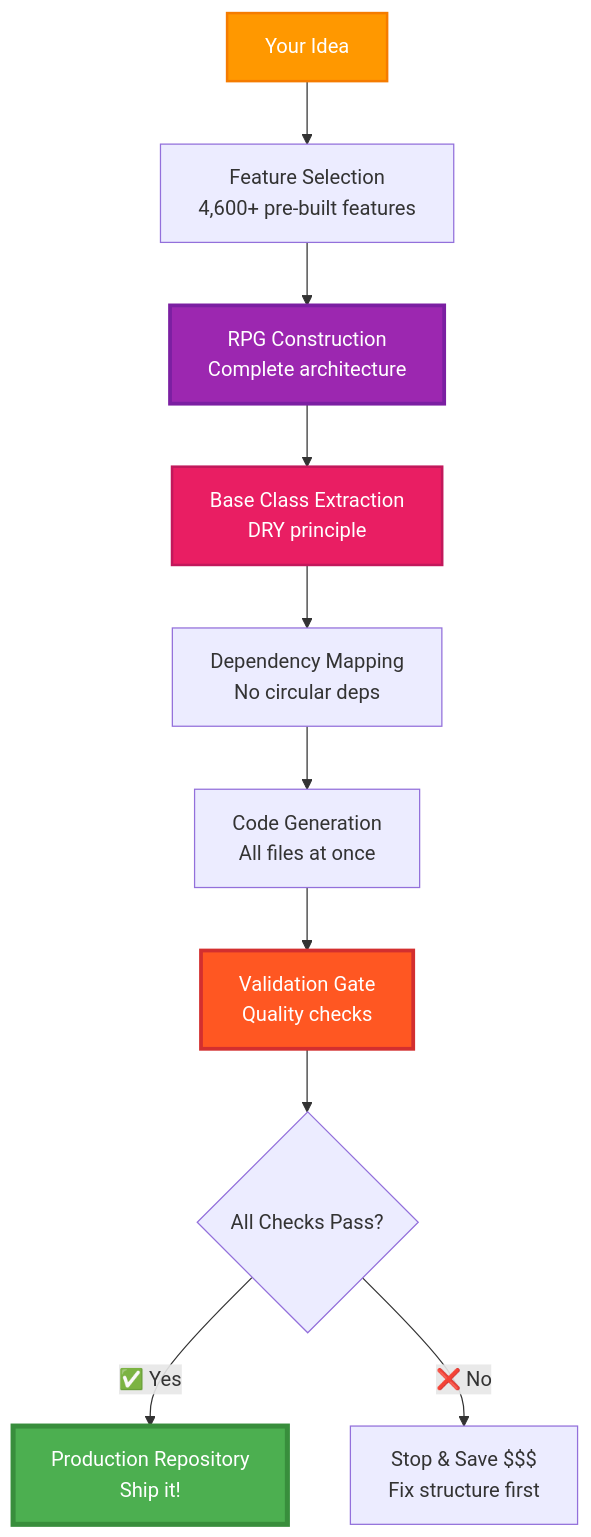
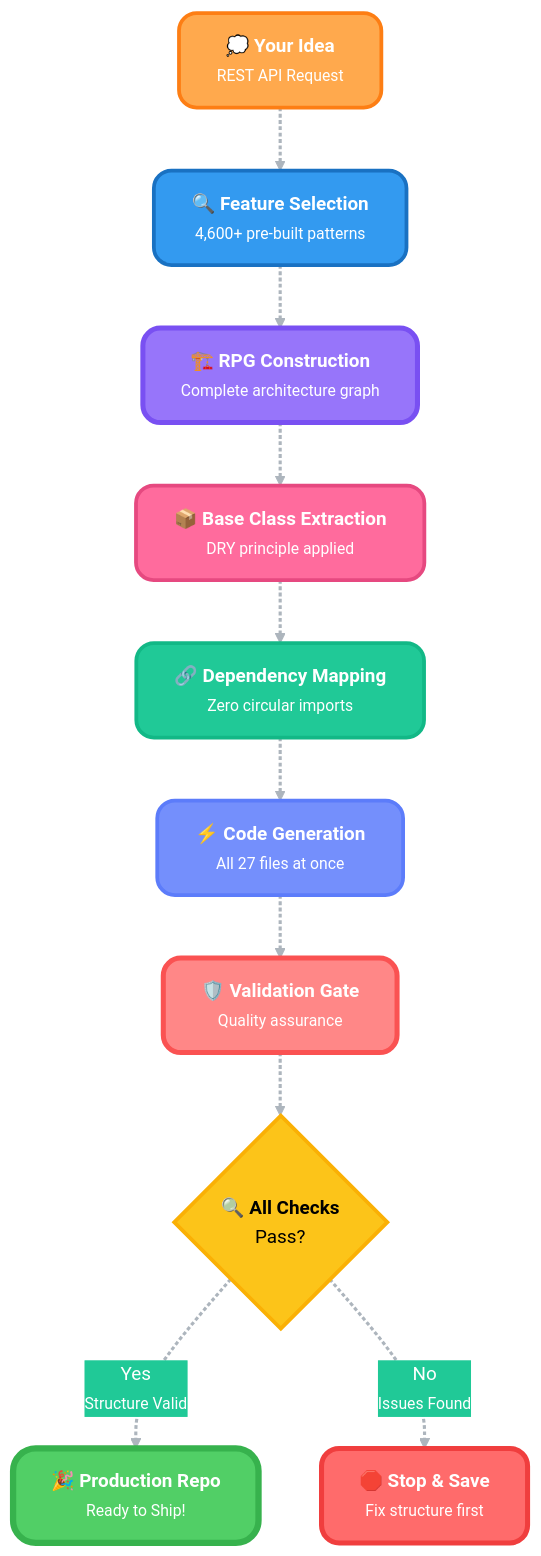
One commit to DivyamTalwar/BLUEPRINT changed the second of 6 diagrams in README.md. Above: the diagram before and after it, drawn with Mermaid. The commit also changed other lines of this file, not shown here.

````diff
--- a/README.md
+++ b/README.md
@@ -227,19 +262,39 @@
 ```mermaid
+%%{init: {'theme':'base', 'themeVariables': {
+  'primaryColor':'#7950F2',
+  'primaryTextColor':'#FFFFFF',
+  'primaryBorderColor':'#5F3DC4',
+  'lineColor':'#748FFC',
+  'secondaryColor':'#20C997',
+  'tertiaryColor':'#FF6B6B',
+  'textColor':'#FFFFFF',
+  'fontSize':'15px',
+  'fontFamily':'Poppins'
+}}}%%
 graph TD
-    A[Your Idea] --> B[Feature Selection<br/>4,600+ pre-built features]
-    B --> C[RPG Construction<br/>Complete architecture]
-    C --> D[Base Class Extraction<br/>DRY principle]
-    D --> E[Dependency Mapping<br/>No circular deps]
-    E --> F[Code Generation<br/>All files at once]
+    A["💭 <b>Your Idea</b><br/><small>REST API Request</small>"] --> B["🔍 <b>Feature Selection</b><br/><small>4,600+ pre-built patterns</small>"]
+    B --> C["🏗️ <b>RPG Construction</b><br/><small>Complete architecture graph</small>"]
+    C --> D["📦 <b>Base Class Extraction</b><br/><small>DRY principle applied</small>"]
+    D --> E["🔗 <b>Dependency Mapping</b><br/><small>Zero circular imports</small>"]
+    E --> F["⚡ <b>Code Generation</b><br/><small>All 27 files at once</small>"]
 
-    F --> G[Validation Gate<br/>Quality checks]
-    G --> H{All Checks Pass?}
-    H -->|✅ Yes| I[Production Repository<br/>Ship it!]
-    H -->|❌ No| J[Stop & Save $$$<br/>Fix structure first]
+    F --> G["🛡️ <b>Validation Gate</b><br/><small>Quality assurance</small>"]
+    G --> H{"🔍 <b>All Checks</b><br/>Pass?"}
+    H -->|"Yes<br/><small>Structure Valid</small>"| I["🎉 <b>Production Repo</b><br/><small>Ready to Ship!</small>"]
+    H -->|"No<br/><small>Issues Found</small>"| J["🛑 <b>Stop & Save</b><br/><small>Fix structure first</small>"]
 
-    style A fill:#FF9800,stroke:#F57C00,stroke-width:2px,color:#fff
-    style C fill:#9C27B0,stroke:#7B1FA2,stroke-width:3px,color:#fff
-    style D fill:#E91E63,stroke:#C2185B,stroke-width:2px,color:#fff
-    style G fill:#FF5722,stroke:#D32F2F,stroke-width:3px,color:#fff
-    style I fill:#4CAF50,stroke:#388E3C,stroke-width:4px,color:#fff
+    %% Node Styles
+    style A fill:#FFA94D,stroke:#FD7E14,stroke-width:3px,color:#fff,rx:14,ry:14
+    style B fill:#339AF0,stroke:#1971C2,stroke-width:3px,color:#fff,rx:14,ry:14
+    style C fill:#9775FA,stroke:#7950F2,stroke-width:4px,color:#fff,rx:14,ry:14
+    style D fill:#FF6B9D,stroke:#E64980,stroke-width:3px,color:#fff,rx:14,ry:14
+    style E fill:#20C997,stroke:#12B886,stroke-width:3px,color:#fff,rx:14,ry:14
+    style F fill:#748FFC,stroke:#5C7CFA,stroke-width:3px,color:#fff,rx:14,ry:14
+    style G fill:#FF8787,stroke:#FA5252,stroke-width:4px,color:#fff,rx:14,ry:14
+    style H fill:#FCC419,stroke:#FAB005,stroke-width:3px,color:#000,rx:50,ry:50
+    style I fill:#51CF66,stroke:#37B24D,stroke-width:5px,color:#fff,rx:18,ry:18
+    style J fill:#FF6B6B,stroke:#F03E3E,stroke-width:4px,color:#fff,rx:14,ry:14
+
+    %% Link Styles
+    linkStyle default stroke:#ADB5BD,stroke-width:2.5px,stroke-dasharray:3 2
 ```
````
